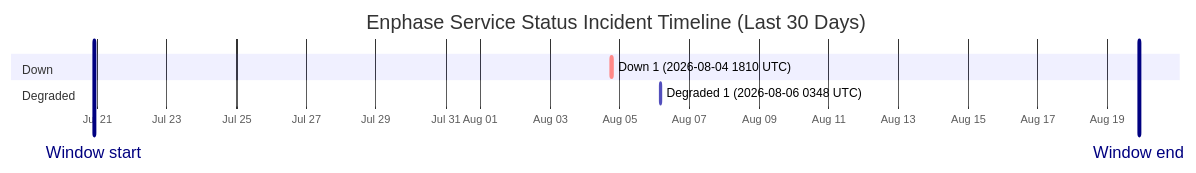
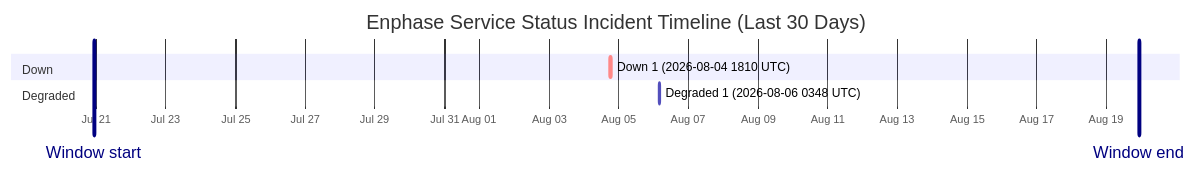
One commit to barneyonline/ha-enphase-energy changed the diagram in wiki/Service-Status-History.md. Above: the diagram before and after it, drawn with Mermaid. The commit also changed other lines of this file and 3 other files, not shown here.

````diff
--- a/wiki/Service-Status-History.md
+++ b/wiki/Service-Status-History.md
@@ -14,12 +14,12 @@
 ```mermaid
 gantt
     title Enphase Service Status Incident Timeline (Last 30 Days)
     dateFormat  YYYY-MM-DDTHH:mm:ss
     axisFormat  %b %d
-    Window start :vert, window-start, 2026-07-20T21:49:55, 0ms
-    Window end :vert, window-end, 2026-08-19T21:49:55, 0ms
+    Window start :vert, window-start, 2026-07-20T22:21:52, 0ms
+    Window end :vert, window-end, 2026-08-19T22:21:52, 0ms
     section Down
     Down 1 (2026-08-04 1810 UTC) :crit, down-1, 2026-08-04T18:10:46, 60m
     section Degraded
     Degraded 1 (2026-08-06 0348 UTC) :active, degraded-1, 2026-08-06T03:48:14, 60m
 ```
````
